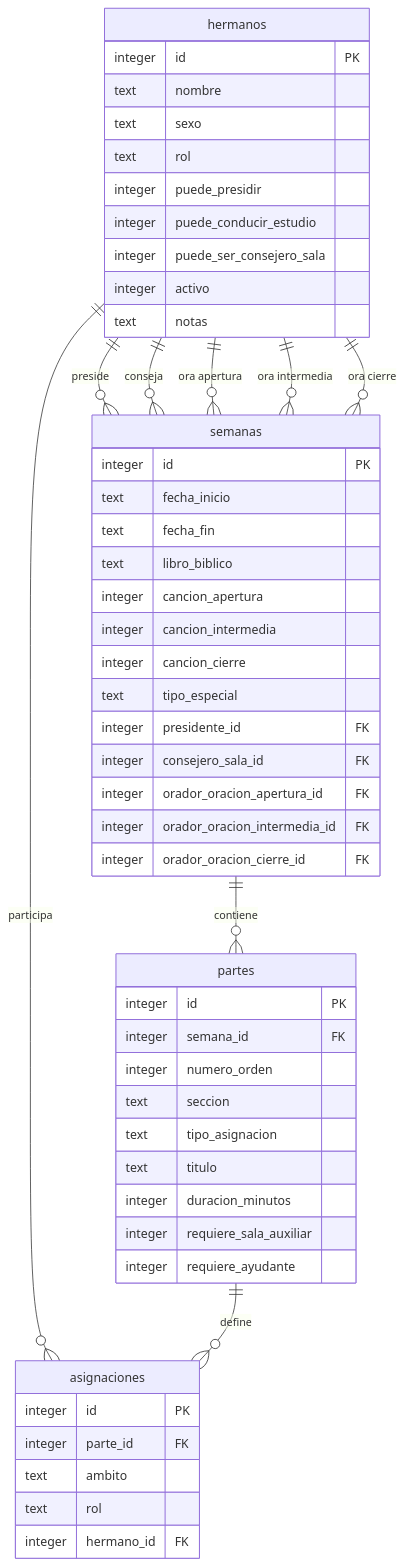
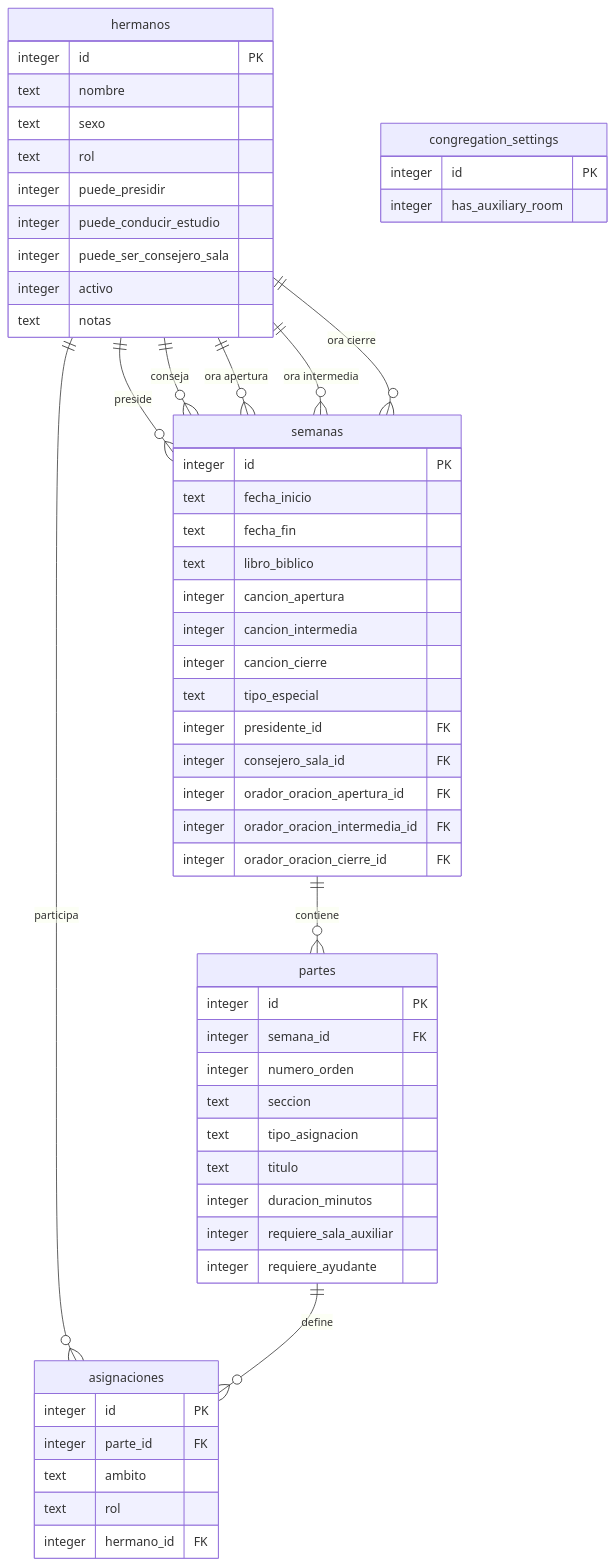
Before and after one commit to resagar/escuela: the first of 2 diagrams in schemaDB.md, drawn with Mermaid. The commit also changed other lines of this file and 2 other files, not shown here.

First line of the commit message:
docs(congregation): document the auxiliary room setting

````diff
--- a/schemaDB.md
+++ b/schemaDB.md
@@ -13,55 +13,59 @@
 ```mermaid
 erDiagram
     hermanos {
         integer id PK
         text nombre
         text sexo
         text rol
         integer puede_presidir
         integer puede_conducir_estudio
         integer puede_ser_consejero_sala
         integer activo
         text notas
     }
     semanas {
         integer id PK
         text fecha_inicio
         text fecha_fin
         text libro_biblico
         integer cancion_apertura
         integer cancion_intermedia
         integer cancion_cierre
         text tipo_especial
         integer presidente_id FK
         integer consejero_sala_id FK
         integer orador_oracion_apertura_id FK
         integer orador_oracion_intermedia_id FK
         integer orador_oracion_cierre_id FK
     }
     partes {
         integer id PK
         integer semana_id FK
         integer numero_orden
         text seccion
         text tipo_asignacion
         text titulo
         integer duracion_minutos
         integer requiere_sala_auxiliar
         integer requiere_ayudante
     }
     asignaciones {
         integer id PK
         integer parte_id FK
         text ambito
         text rol
         integer hermano_id FK
     }
+    congregation_settings {
+        integer id PK
+        integer has_auxiliary_room
+    }
     hermanos ||--o{ semanas : "preside"
     hermanos ||--o{ semanas : "conseja"
     hermanos ||--o{ semanas : "ora apertura"
     hermanos ||--o{ semanas : "ora intermedia"
     hermanos ||--o{ semanas : "ora cierre"
     hermanos ||--o{ asignaciones : "participa"
     semanas ||--o{ partes : "contiene"
     partes ||--o{ asignaciones : "define"
 ```
````
